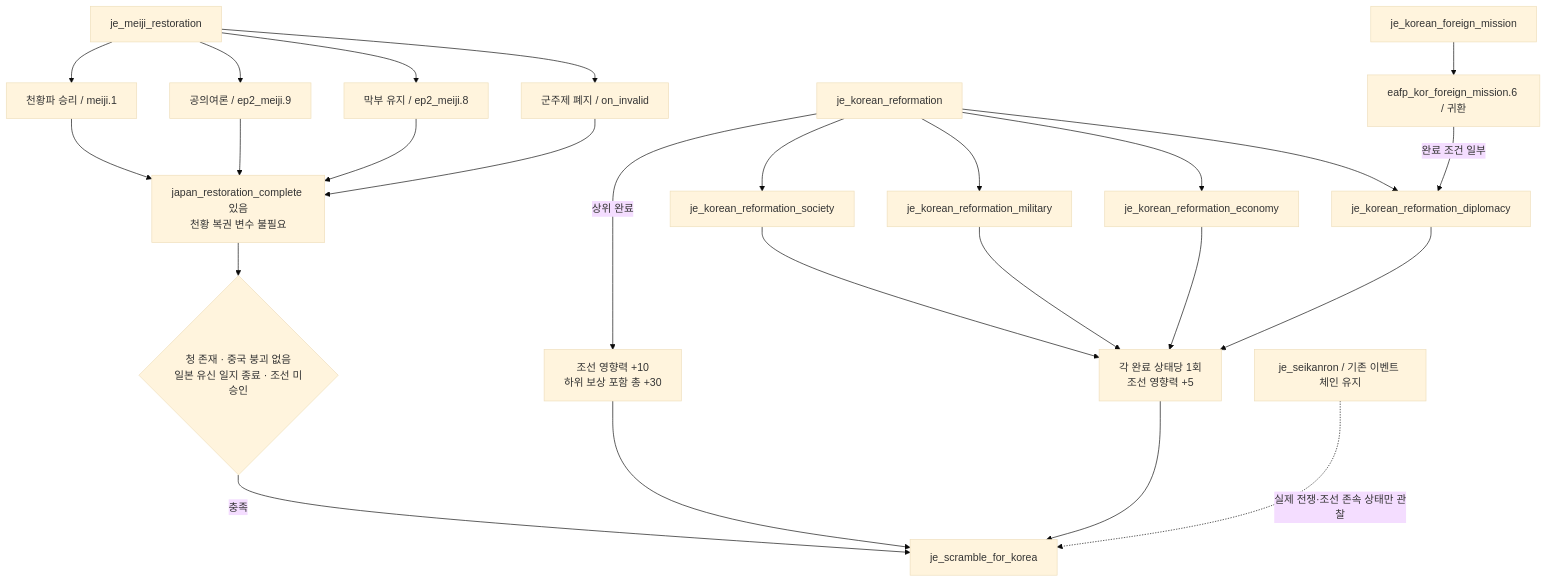
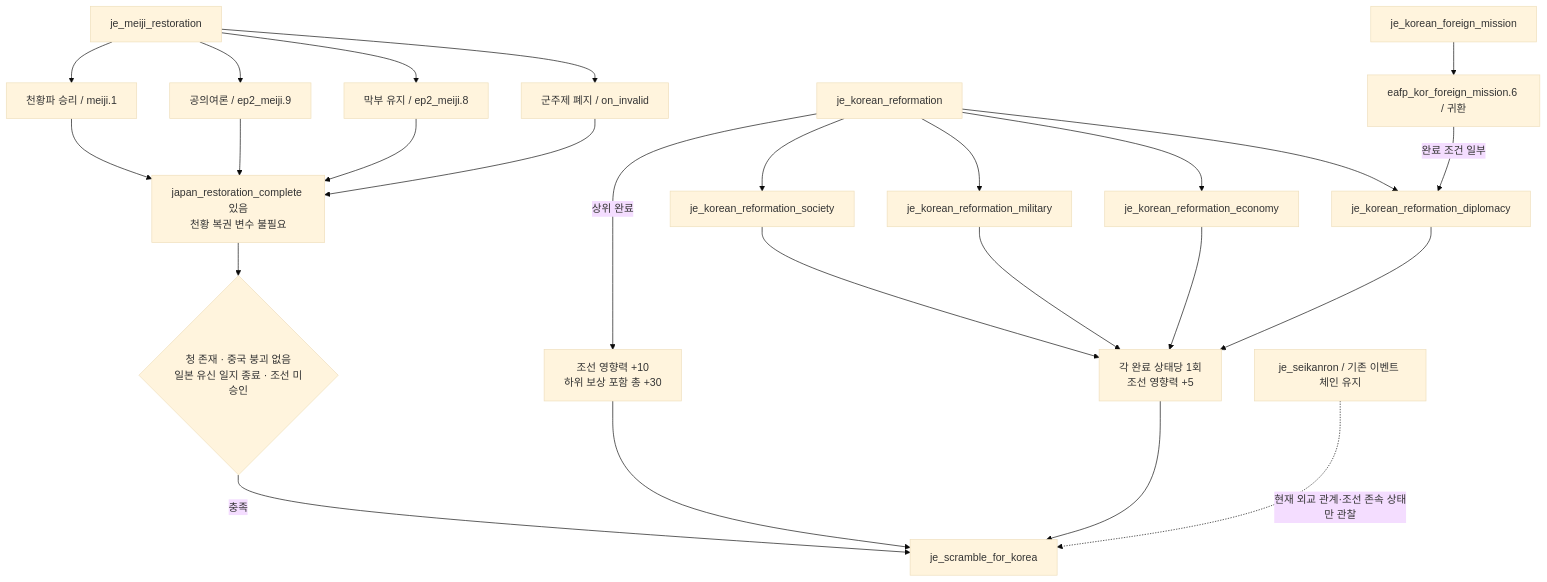
The first of 3 diagrams in scratch/scramble_for_korea_journal_design_plan.md (East-Asia-Flavor-Pack/East-Asia-Flavor-Pack), drawn with Mermaid (base theme) before and after one commit. The commit also changed other lines of this file and 20 other files, not shown here.

````diff
--- a/scratch/scramble_for_korea_journal_design_plan.md
+++ b/scratch/scramble_for_korea_journal_design_plan.md
@@ -316,27 +316,27 @@
 ```mermaid
 flowchart TD
     M["je_meiji_restoration"] --> MS["천황파 승리 / meiji.1"]
     M --> KY["공의여론 / ep2_meiji.9"]
     M --> BK["막부 유지 / ep2_meiji.8"]
     M --> AB["군주제 폐지 / on_invalid"]
     MS --> JR["japan_restoration_complete 있음<br/>천황 복권 변수 불필요"]
     KY --> JR
     BK --> JR
     AB --> JR
     JR --> G{"청 존재 · 중국 붕괴 없음<br/>일본 유신 일지 종료 · 조선 미승인"}
     G -->|충족| S["je_scramble_for_korea"]
     R["je_korean_reformation"] --> R1["je_korean_reformation_society"]
     R --> R2["je_korean_reformation_military"]
     R --> R3["je_korean_reformation_economy"]
     R --> R4["je_korean_reformation_diplomacy"]
     R -->|상위 완료| RB["조선 영향력 +10<br/>하위 보상 포함 총 +30"]
     RB --> S
     F["je_korean_foreign_mission"] --> F6["eafp_kor_foreign_mission.6 / 귀환"]
     F6 -->|완료 조건 일부| R4
     R1 --> B["각 완료 상태당 1회<br/>조선 영향력 +5"]
     R2 --> B
     R3 --> B
     R4 --> B
     B --> S
-    Q["je_seikanron / 기존 이벤트 체인 유지"] -.->|실제 전쟁·조선 존속 상태만 관찰| S
+    Q["je_seikanron / 기존 이벤트 체인 유지"] -.->|현재 외교 관계·조선 존속 상태만 관찰| S
 ```
````
